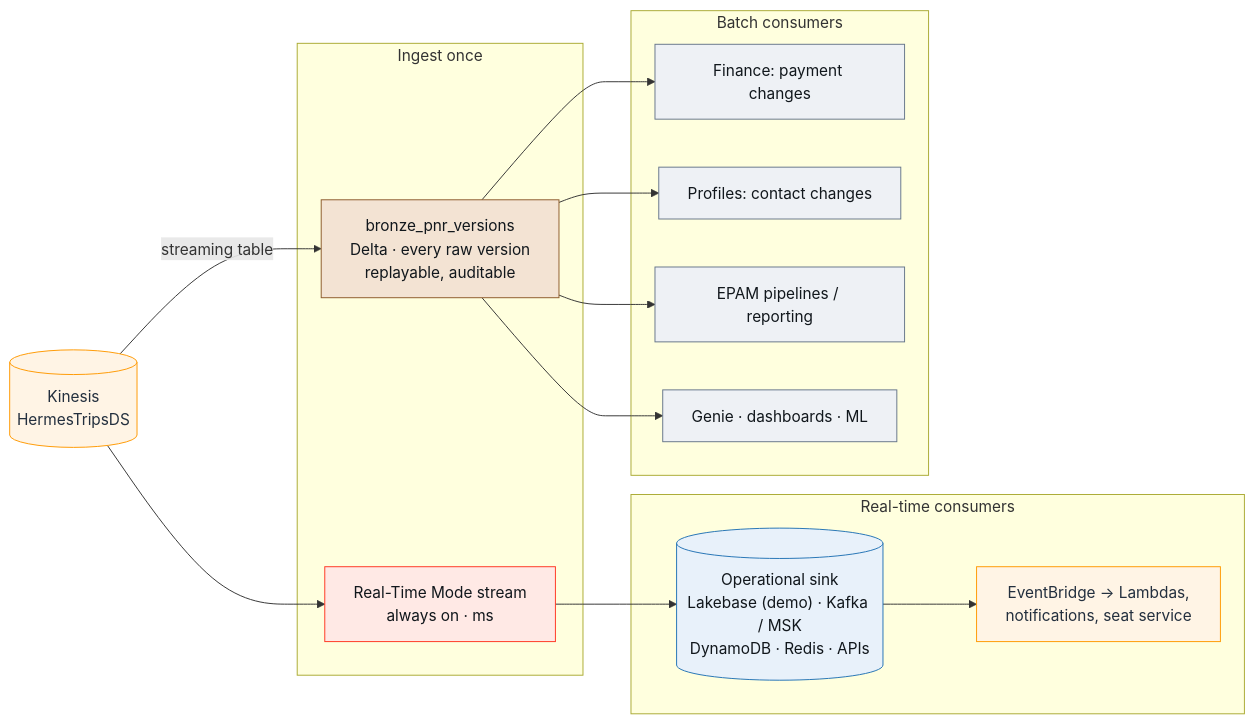
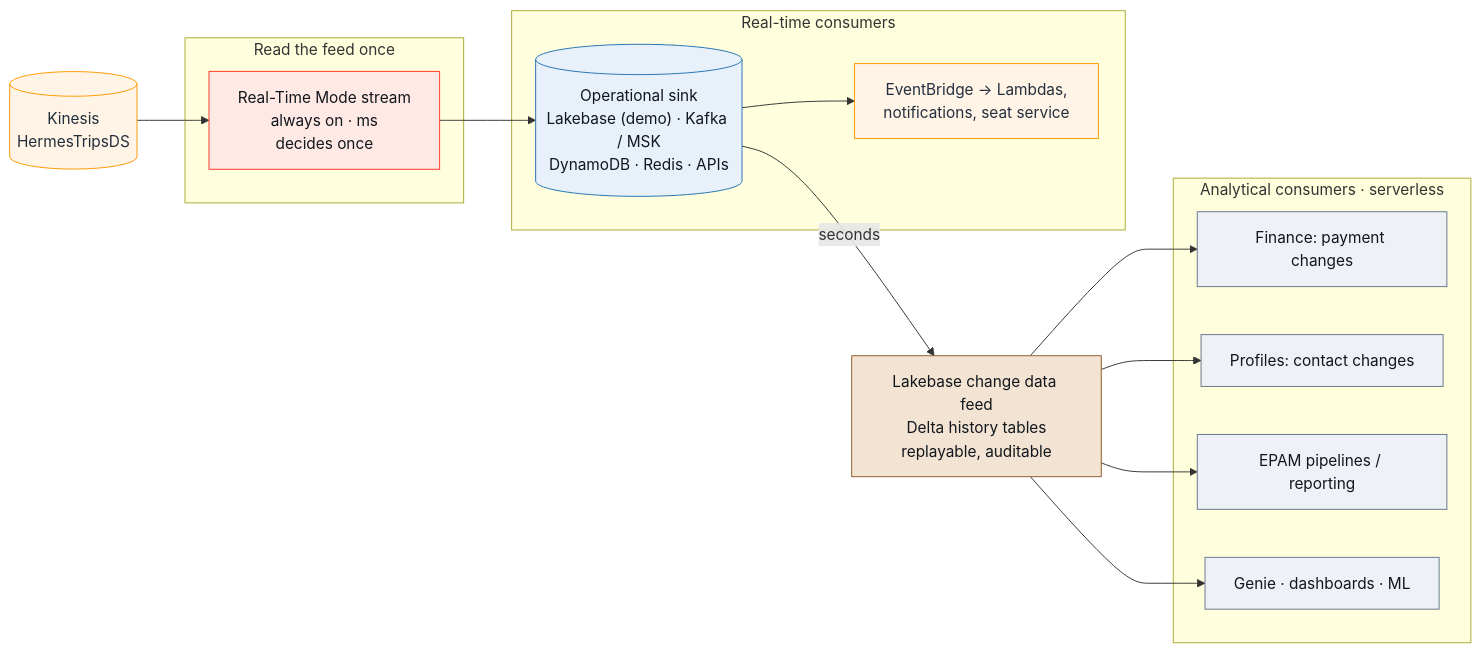
One commit to rohit-db/bcd-scheduled-changes-demo changed the diagram in docs/architecture/src/08_target_state.mmd. Above: the diagram before and after it, drawn with Mermaid. The commit also changed 23 other files, not shown here.

Commit message:
Ingest once: UAT analytical lane from Lakebase change data feed (silver/gold from lb_change_events_history); per-target pipeline and batch job; fresh stream defaults; Genie uses event time; freshness cache recovers from hung refresh; docs and diagrams updated

```diff
--- a/docs/architecture/src/08_target_state.mmd
+++ b/docs/architecture/src/08_target_state.mmd
@@ -1,33 +1,34 @@
 flowchart LR
   classDef aws fill:#fff4e5,stroke:#ff9900,color:#232f3e
   classDef rt fill:#ffe9e5,stroke:#ff3621,color:#11171c
   classDef bronze fill:#f3e3d3,stroke:#8c5a2b,color:#11171c
   classDef cons fill:#eef1f5,stroke:#66768a,color:#11171c
   classDef store fill:#e8f1fa,stroke:#2272b4,color:#11171c
 
   K[("Kinesis<br/>HermesTripsDS")]:::aws
 
-  subgraph ING["Ingest once"]
-    RTM["Real-Time Mode stream<br/>always on · ms"]:::rt
-    BZ["bronze_pnr_versions<br/>Delta · every raw version<br/>replayable, auditable"]:::bronze
+  subgraph ING["Read the feed once"]
+    RTM["Real-Time Mode stream<br/>always on · ms<br/>decides once"]:::rt
   end
 
   subgraph MS["Real-time consumers"]
     LB[("Operational sink<br/>Lakebase (demo) · Kafka / MSK<br/>DynamoDB · Redis · APIs")]:::store
     EB["EventBridge → Lambdas,<br/>notifications, seat service"]:::aws
   end
 
-  subgraph BATCH["Batch consumers"]
+  CDF["Lakebase change data feed<br/>Delta history tables<br/>replayable, auditable"]:::bronze
+
+  subgraph BATCH["Analytical consumers · serverless"]
     C1["Finance: payment changes"]:::cons
     C2["Profiles: contact changes"]:::cons
     C3["EPAM pipelines / reporting"]:::cons
     C4["Genie · dashboards · ML"]:::cons
   end
 
   K --> RTM
-  K -->|"streaming table"| BZ
   RTM --> LB --> EB
-  BZ --> C1
-  BZ --> C2
-  BZ --> C3
-  BZ --> C4
+  LB -->|"seconds"| CDF
+  CDF --> C1
+  CDF --> C2
+  CDF --> C3
+  CDF --> C4
```
